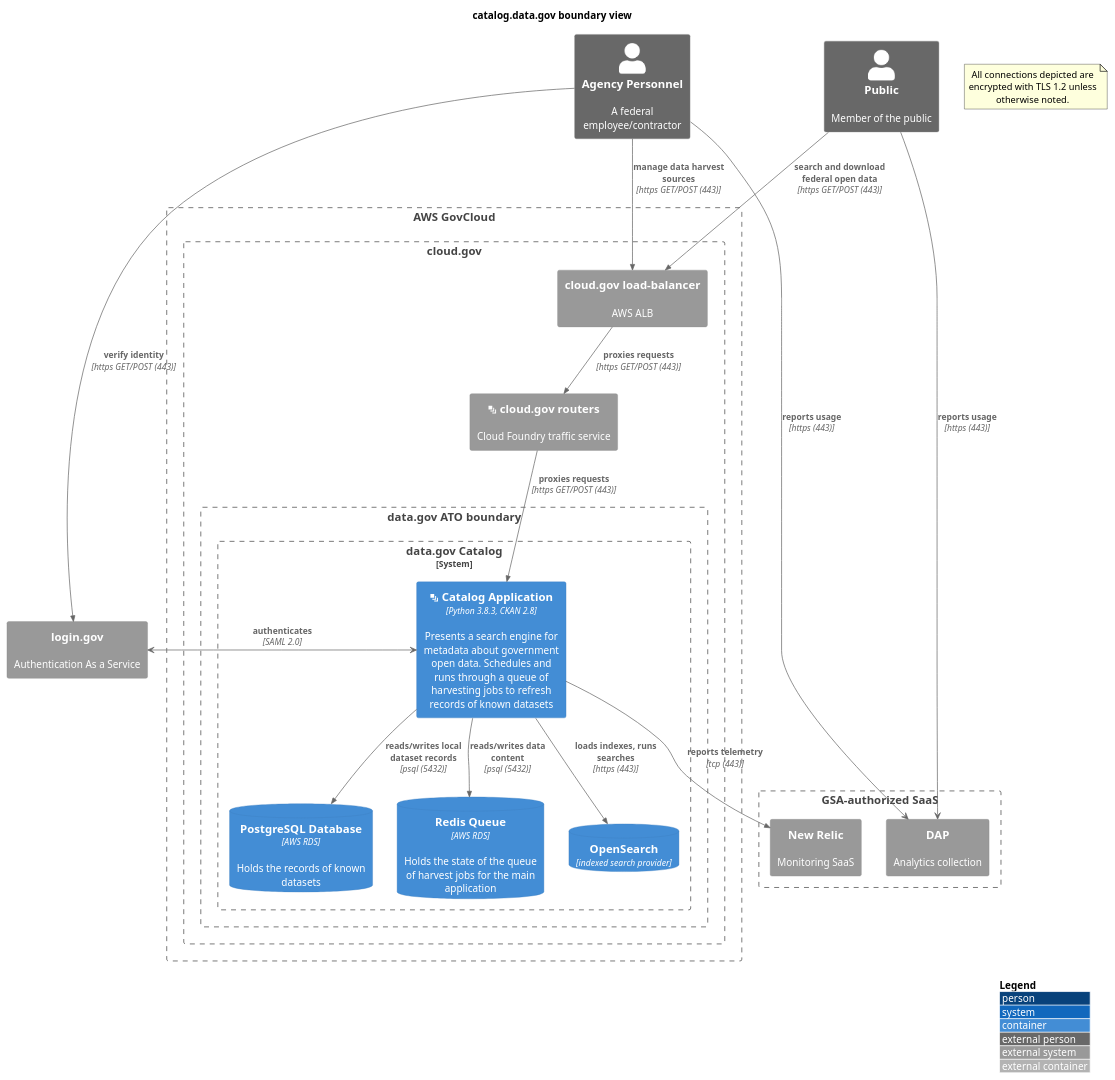
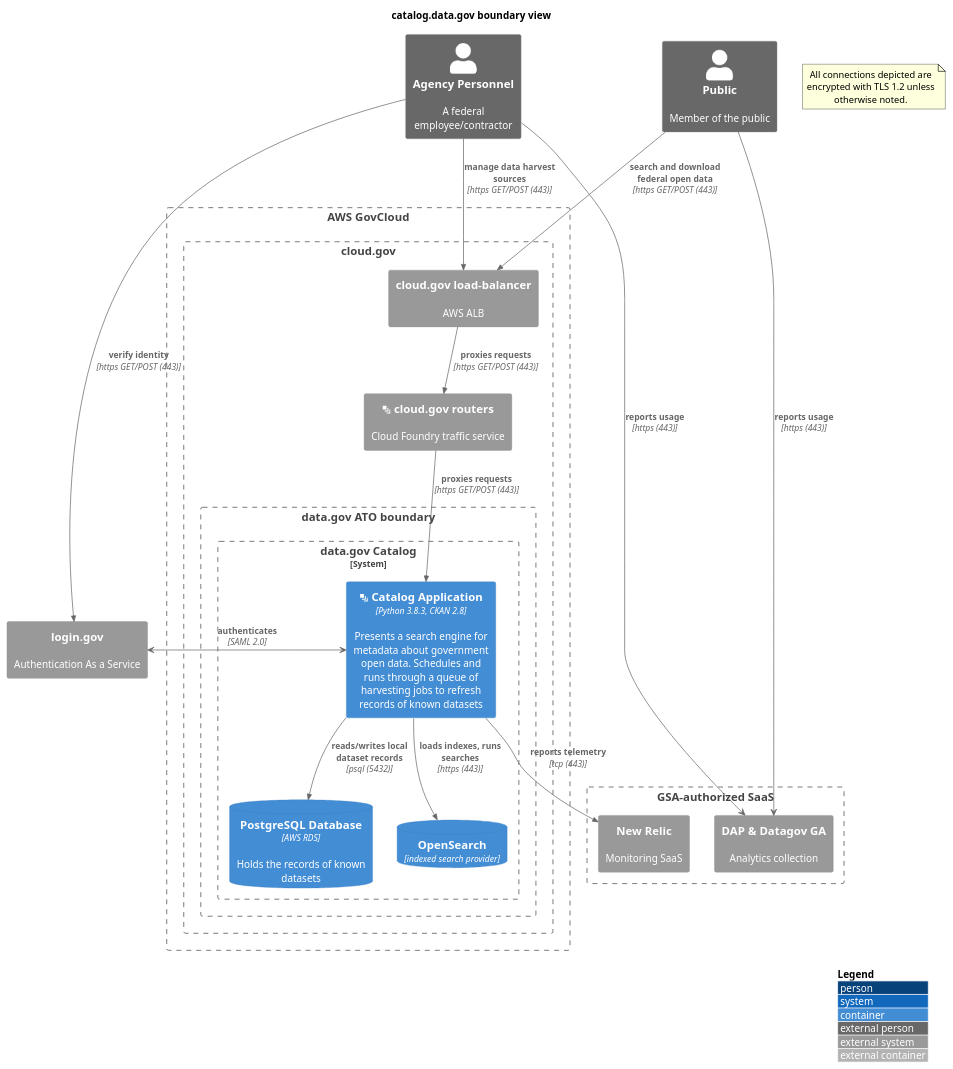
Before and after one commit to GSA/datagov-compliance: the diagram in apps/catalog.boundary.md, drawn with PlantUML.

Commit message:
remove catalog_s3

````diff
--- a/apps/catalog.boundary.md
+++ b/apps/catalog.boundary.md
@@ -3,46 +3,45 @@
 ```plantuml
 @startuml
 !include https://raw.githubusercontent.com/plantuml-stdlib/C4-PlantUML/master/C4_Container.puml
 ' uncomment the following line and comment the first to use locally
 ' !include C4_Container.puml
 LAYOUT_WITH_LEGEND()
 title catalog.data.gov boundary view
 Person_Ext(personnel, "Agency Personnel", "A federal employee/contractor")
 Person_Ext(public, "Public", "Member of the public")
 note as EncryptionNote
 All connections depicted are encrypted with TLS 1.2 unless otherwise noted.
 end note
 Boundary(aws, "AWS GovCloud") {
     Boundary(cloudgov, "cloud.gov") {
         System_Ext(aws_alb, "cloud.gov load-balancer", "AWS ALB")
         System_Ext(cloudgov_router, "<&layers> cloud.gov routers", "Cloud Foundry traffic service")
         Boundary(atob, "data.gov ATO boundary") {
             System_Boundary(catalog, "data.gov Catalog") {
                 Container(catalog_app, "<&layers> Catalog Application", "Python 3.8.3, CKAN 2.8", "Presents a search engine for metadata about government open data. Schedules and runs through a queue of harvesting jobs to refresh records of known datasets")
                 ContainerDb(catalog_db, "PostgreSQL Database", "AWS RDS", "Holds the records of known datasets")
-                ContainerDb(catalog_s3, "Redis Queue", "AWS RDS", "Holds the state of the queue of harvest jobs for the main application")
                 ContainerDb(opensearch, "OpenSearch", "indexed search provider")
             }
         }
     }
 }
 System_Ext(login, "login.gov", "Authentication As a Service")
 Boundary(gsa_saas, "GSA-authorized SaaS") {
-    System_Ext(dap, "DAP", "Analytics collection")
+    System_Ext(dap, "DAP & Datagov GA", "Analytics collection")
     System_Ext(newrelic, "New Relic", "Monitoring SaaS")
 }
 personnel -> dap : **reports usage** \n//[https (443)]//
 public -> dap : **reports usage** \n//[https (443)]//
 Rel(catalog_app, newrelic, "reports telemetry", "tcp (443)")
 Rel(personnel, aws_alb, "manage data harvest sources", "https GET/POST (443)")
 Rel(public, aws_alb, "search and download federal open data", "https GET/POST (443)")
 Rel(aws_alb, cloudgov_router, "proxies requests", "https GET/POST (443)")
 Rel(cloudgov_router, catalog_app, "proxies requests", "https GET/POST (443)")
 catalog_app <-> login : **authenticates** \n//[SAML 2.0]//
 Rel(personnel, login, "verify identity", "https GET/POST (443)")
 Rel(catalog_app, catalog_db, "reads/writes local dataset records", "psql (5432)")
-Rel(catalog_app, catalog_s3, "reads/writes data content", "psql (5432)")
+
 
 Rel(catalog_app, opensearch, "loads indexes, runs searches", "https (443)")
 @enduml
 ```
````
